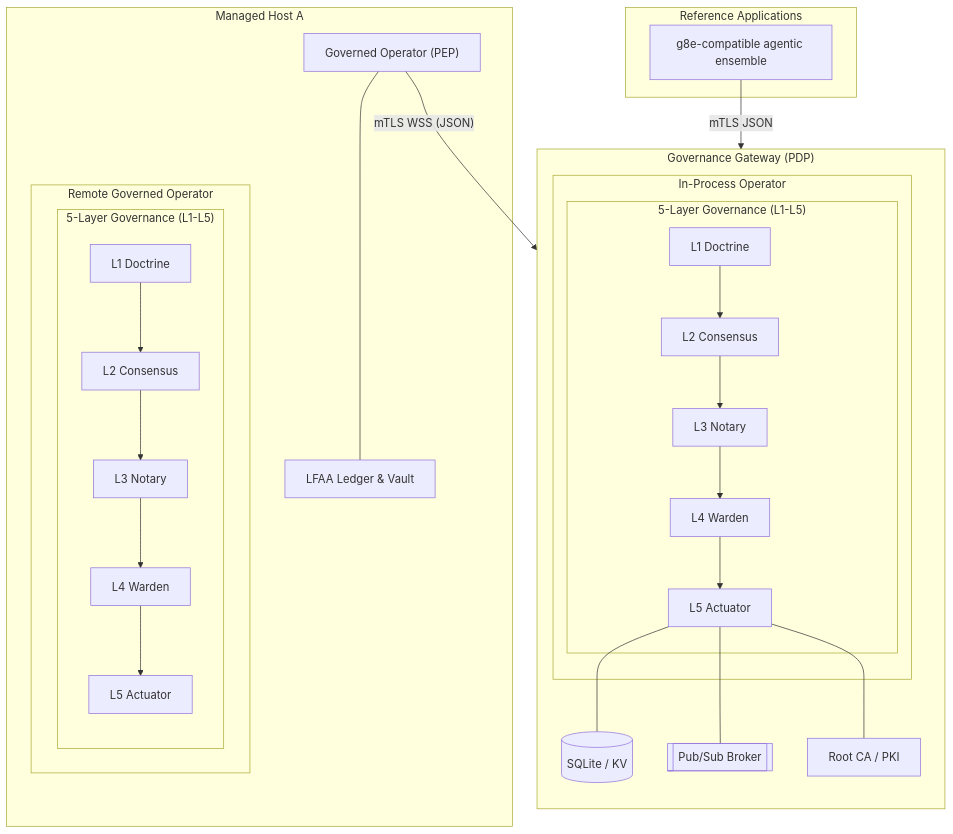
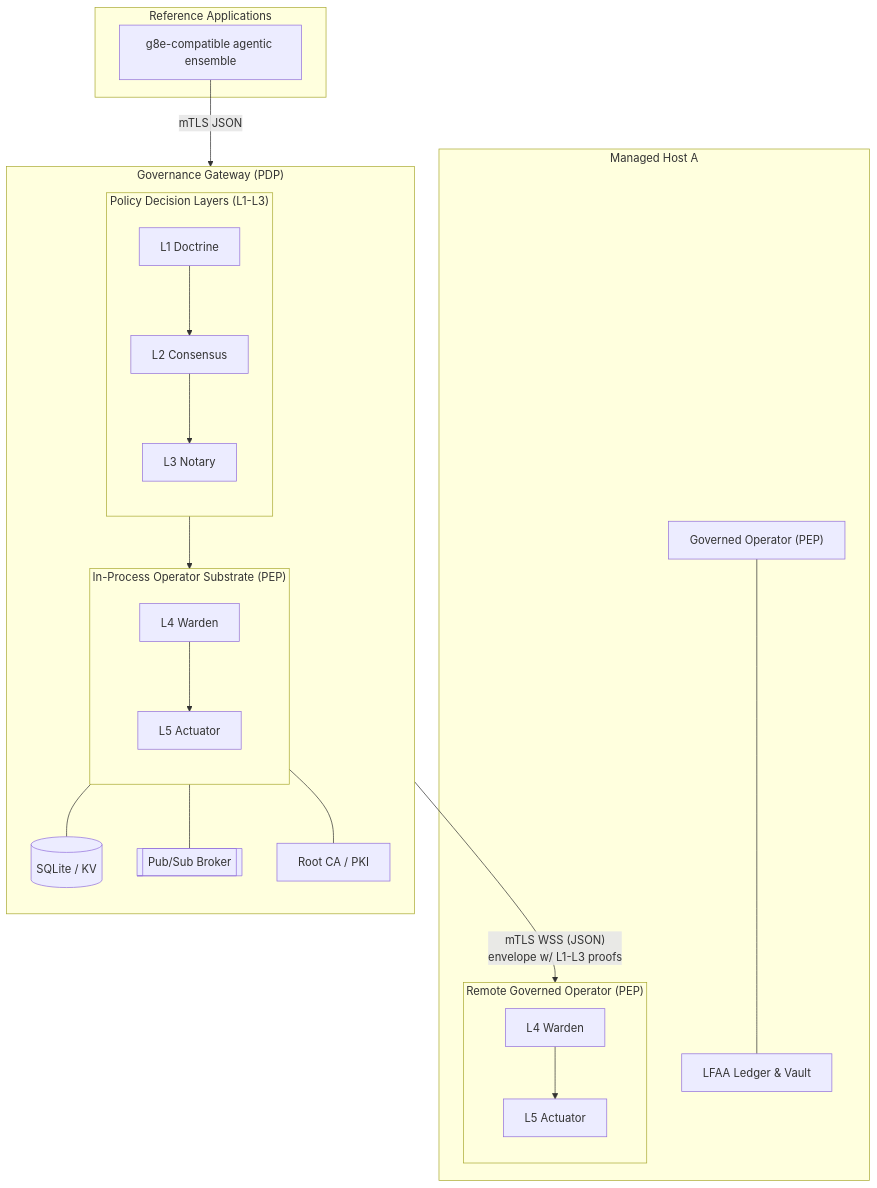
Before and after one commit to g8e-ai/g8e: the diagram in docs/architecture/gateway.md, drawn with Mermaid. The commit also changed other lines of this file and 69 other files, not shown here.

````diff
--- a/docs/architecture/gateway.md
+++ b/docs/architecture/gateway.md
@@ -42,47 +42,45 @@
 ```mermaid
 flowchart TD
     subgraph Hub ["Governance Gateway (PDP)"]
         direction TB
-        subgraph GW_Op ["In-Process Operator"]
-            subgraph Layers ["5-Layer Governance (L1-L5)"]
-                L1["L1 Doctrine"]
-                L2["L2 Consensus"]
-                L3["L3 Notary"]
-                L4["L4 Warden"]
-                L5["L5 Actuator"]
-                
-                L1 --> L2 --> L3 --> L4 --> L5
-            end
+        subgraph PDP_Layers ["Policy Decision Layers (L1-L3)"]
+            direction TB
+            L1["L1 Doctrine"]
+            L2["L2 Consensus"]
+            L3["L3 Notary"]
+            L1 --> L2 --> L3
+        end
+        subgraph GW_PEP ["In-Process Operator Substrate (PEP)"]
+            direction TB
+            L4["L4 Warden"]
+            L5["L5 Actuator"]
+            L4 --> L5
         end
         db[("SQLite / KV")]
         ps[["Pub/Sub Broker"]]
         ca["Root CA / PKI"]
-        
+
+        L3 --> L4
         L5 --- db
         L5 --- ps
         L5 --- ca
     end
 
     subgraph Apps ["Reference Applications"]
         ensemble["g8e-compatible agentic ensemble"]
     end
 
     ensemble -- "mTLS JSON" --> L1
 
     subgraph Host_A ["Managed Host A"]
-        subgraph Remote_Op ["Remote Governed Operator"]
-            subgraph Remote_Layers ["5-Layer Governance (L1-L5)"]
-                RL1["L1 Doctrine"]
-                RL2["L2 Consensus"]
-                RL3["L3 Notary"]
-                RL4["L4 Warden"]
-                RL5["L5 Actuator"]
-                
-                RL1 --> RL2 --> RL3 --> RL4 --> RL5
-            end
+        subgraph Remote_Op ["Remote Governed Operator (PEP)"]
+            direction TB
+            RL4["L4 Warden"]
+            RL5["L5 Actuator"]
+            RL4 --> RL5
         end
         g8eoA["Governed Operator (PEP)"] --- LFAA_A["LFAA Ledger & Vault"]
     end
 
-    g8eoA -- "mTLS WSS (JSON)" --> ps
+    ps -- "mTLS WSS (JSON)<br/>envelope w/ L1-L3 proofs" --> RL4
 ```
````
